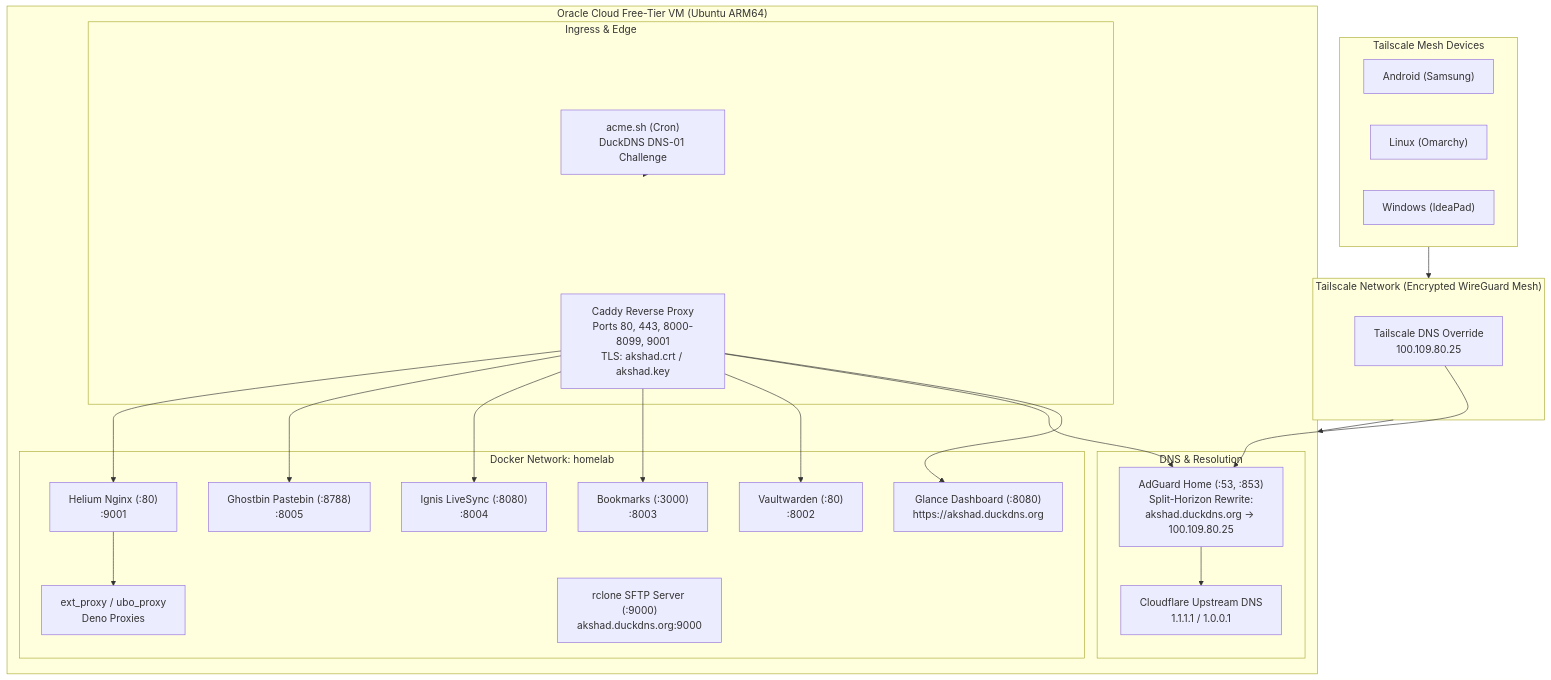
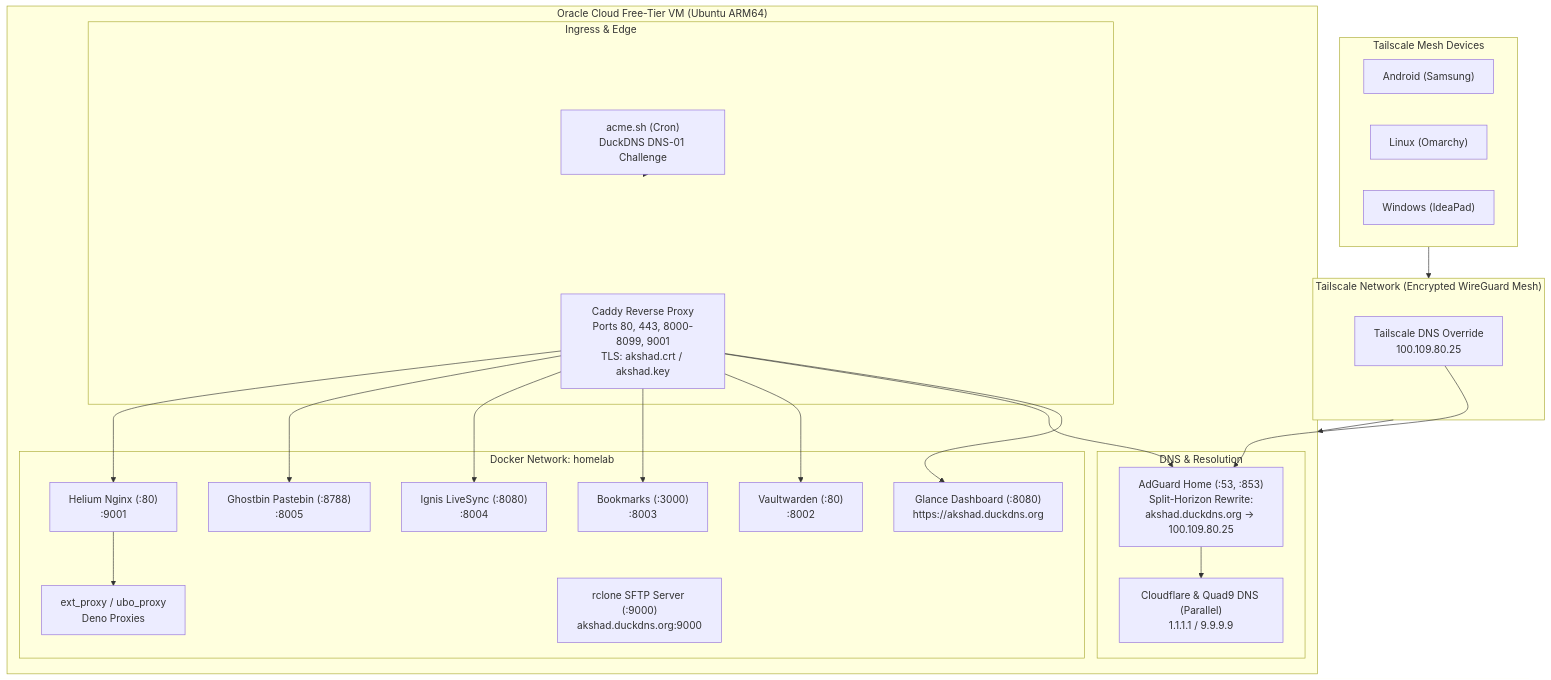
One commit to Akshad135/homelab changed the diagram in README.md. Above: the diagram before and after it, drawn with Mermaid. The commit also changed 4 other files, not shown here.

Commit message:
chore: configure Cloudflare and Quad9 parallel upstreams in AdGuard

````diff
--- a/README.md
+++ b/README.md
@@ -32,49 +32,49 @@
 ```mermaid
 flowchart TB
     subgraph Clients["Tailscale Mesh Devices"]
         phone["Android (Samsung)"]
         laptop["Linux (Omarchy)"]
         desktop["Windows (IdeaPad)"]
     end
 
     subgraph Tailnet["Tailscale Network (Encrypted WireGuard Mesh)"]
         dns_override["Tailscale DNS Override<br/>100.109.80.25"]
     end
 
     subgraph Oracle["Oracle Cloud Free-Tier VM (Ubuntu ARM64)"]
         subgraph Ingress["Ingress & Edge"]
             caddy["Caddy Reverse Proxy<br/>Ports 80, 443, 8000-8099, 9001<br/>TLS: akshad.crt / akshad.key"]
             acme["acme.sh (Cron)<br/>DuckDNS DNS-01 Challenge"]
         end
 
         subgraph DNS["DNS & Resolution"]
             adguard["AdGuard Home (:53, :853)<br/>Split-Horizon Rewrite:<br/>akshad.duckdns.org -> 100.109.80.25"]
-            cloudflare["Cloudflare Upstream DNS<br/>1.1.1.1 / 1.0.0.1"]
+            cloudflare["Cloudflare & Quad9 DNS (Parallel)<br/>1.1.1.1 / 9.9.9.9"]
         end
 
         subgraph HomelabNet["Docker Network: homelab"]
             glance["Glance Dashboard (:8080)<br/>https://akshad.duckdns.org"]
             vw["Vaultwarden (:80)<br/>:8002"]
             bm["Bookmarks (:3000)<br/>:8003"]
             ignis["Ignis LiveSync (:8080)<br/>:8004"]
             pastebin["Ghostbin Pastebin (:8788)<br/>:8005"]
             helium_nginx["Helium Nginx (:80)<br/>:9001"]
             helium_proxies["ext_proxy / ubo_proxy<br/>Deno Proxies"]
             rclone["rclone SFTP Server (:9000)<br/>akshad.duckdns.org:9000"]
         end
     end
 
     Clients --> Tailnet
     Tailnet --> Oracle
     dns_override --> adguard
     adguard --> cloudflare
     caddy --> glance
     caddy --> adguard
     caddy --> vw
     caddy --> bm
     caddy --> ignis
     caddy --> pastebin
     caddy --> helium_nginx
     helium_nginx --> helium_proxies
     acme -.-> Ingress
 ```
````
